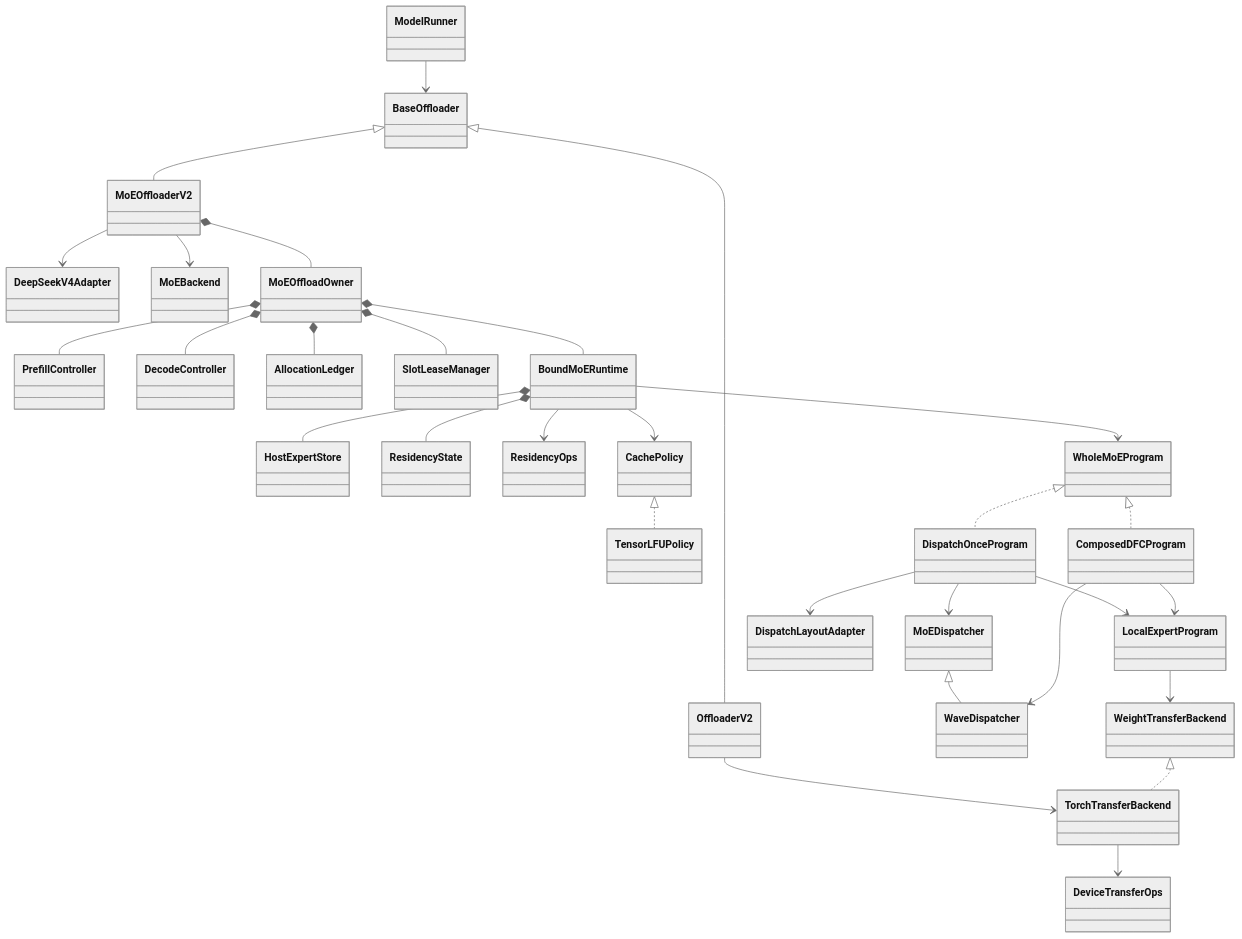
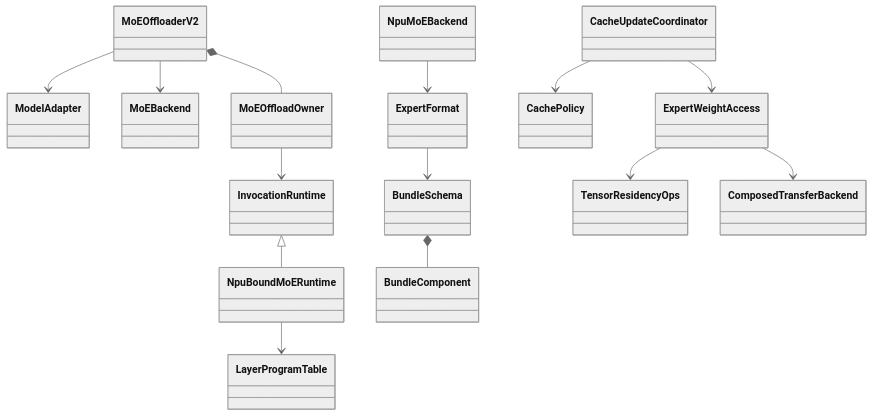
One commit to fishAndShrimp/sglang changed the diagram in python/sglang/srt/offloading/moe/doc/README.md. Above: the diagram before and after it, drawn with Mermaid (neutral theme). The commit also changed other lines of this file and 65 other files, not shown here.

Commit message:
Refactor MoE offload runtime, formats and transfer ownership

````diff
--- a/python/sglang/srt/offloading/moe/doc/README.md
+++ b/python/sglang/srt/offloading/moe/doc/README.md
@@ -50,32 +34,16 @@
 ```mermaid
 classDiagram
-    BaseOffloader <|-- OffloaderV2
-    BaseOffloader <|-- MoEOffloaderV2
-    ModelRunner --> BaseOffloader
-    OffloaderV2 --> TorchTransferBackend
-    MoEOffloaderV2 --> DeepSeekV4Adapter
+    MoEOffloaderV2 --> ModelAdapter
     MoEOffloaderV2 --> MoEBackend
     MoEOffloaderV2 *-- MoEOffloadOwner
-    MoEOffloadOwner *-- PrefillController
-    MoEOffloadOwner *-- DecodeController
-    MoEOffloadOwner *-- AllocationLedger
-    MoEOffloadOwner *-- SlotLeaseManager
-    MoEOffloadOwner *-- BoundMoERuntime
-    BoundMoERuntime *-- HostExpertStore
-    BoundMoERuntime *-- ResidencyState
-    BoundMoERuntime --> ResidencyOps
-    BoundMoERuntime --> CachePolicy
-    CachePolicy <|.. TensorLFUPolicy
-    BoundMoERuntime --> WholeMoEProgram
-    WholeMoEProgram <|.. ComposedDFCProgram
-    WholeMoEProgram <|.. DispatchOnceProgram
-    MoEDispatcher <|-- WaveDispatcher
-    DispatchOnceProgram --> MoEDispatcher
-    DispatchOnceProgram --> DispatchLayoutAdapter
-    DispatchOnceProgram --> LocalExpertProgram
-    ComposedDFCProgram --> WaveDispatcher
-    ComposedDFCProgram --> LocalExpertProgram
-    LocalExpertProgram --> WeightTransferBackend
-    WeightTransferBackend <|.. TorchTransferBackend
-    TorchTransferBackend --> DeviceTransferOps
+    MoEOffloadOwner --> InvocationRuntime
+    InvocationRuntime <|-- NpuBoundMoERuntime
+    NpuBoundMoERuntime --> LayerProgramTable
+    NpuMoEBackend --> ExpertFormat
+    ExpertFormat --> BundleSchema
+    BundleSchema *-- BundleComponent
+    CacheUpdateCoordinator --> CachePolicy
+    CacheUpdateCoordinator --> ExpertWeightAccess
+    ExpertWeightAccess --> TensorResidencyOps
+    ExpertWeightAccess --> ComposedTransferBackend
 ```
````
